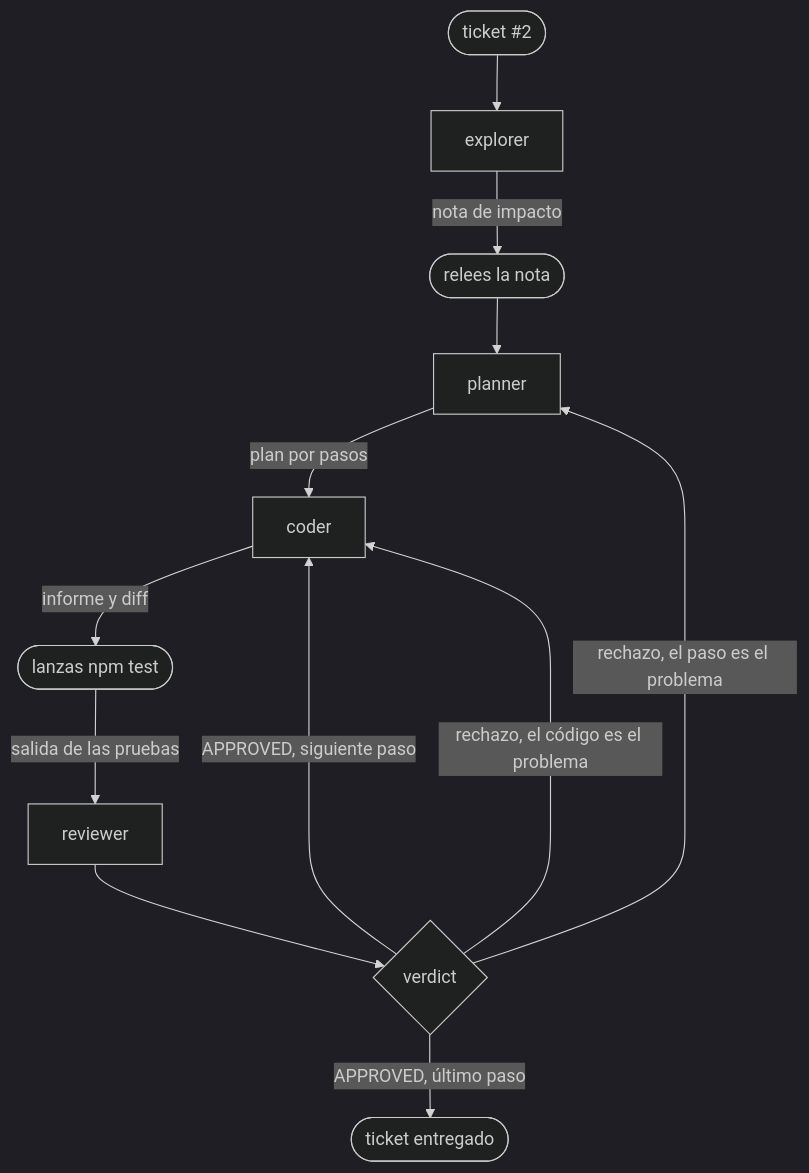
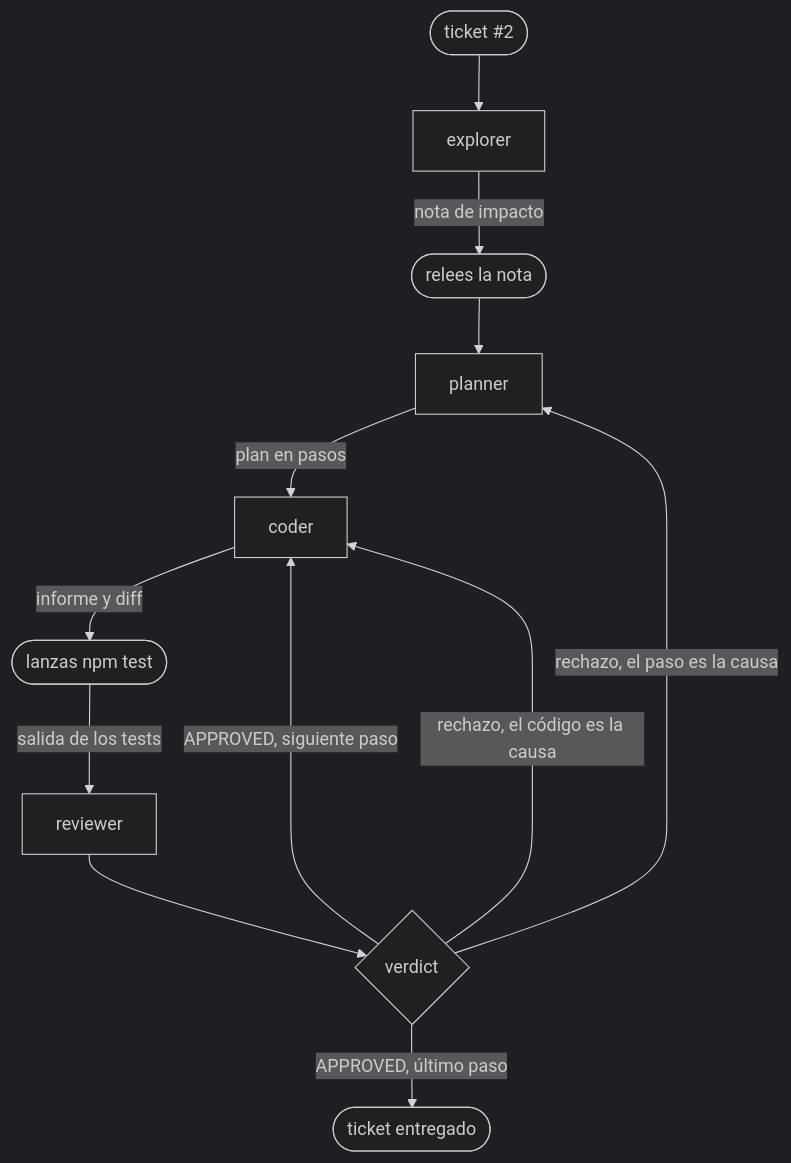
Before and after one commit to AI-for-dev/hands-on-harness: the diagram in content/es/act2-workflows.md, drawn with Mermaid (dark theme). The commit also changed other lines of this file and 29 other files, not shown here.

````diff
--- a/content/es/act2-workflows.md
+++ b/content/es/act2-workflows.md
@@ -22,14 +22,14 @@
 ```mermaid
 flowchart TD
     T([ticket #2]) --> E[explorer]
     E -- nota de impacto --> L([relees la nota])
     L --> P[planner]
-    P -- plan por pasos --> C[coder]
+    P -- plan en pasos --> C[coder]
     C -- informe y diff --> N([lanzas npm test])
-    N -- salida de las pruebas --> R[reviewer]
+    N -- salida de los tests --> R[reviewer]
     R --> V{verdict}
     V -- "APPROVED, siguiente paso" --> C
-    V -- "rechazo, el código es el problema" --> C
-    V -- "rechazo, el paso es el problema" --> P
+    V -- "rechazo, el código es la causa" --> C
+    V -- "rechazo, el paso es la causa" --> P
     V -- "APPROVED, último paso" --> F([ticket entregado])
 ```
````
